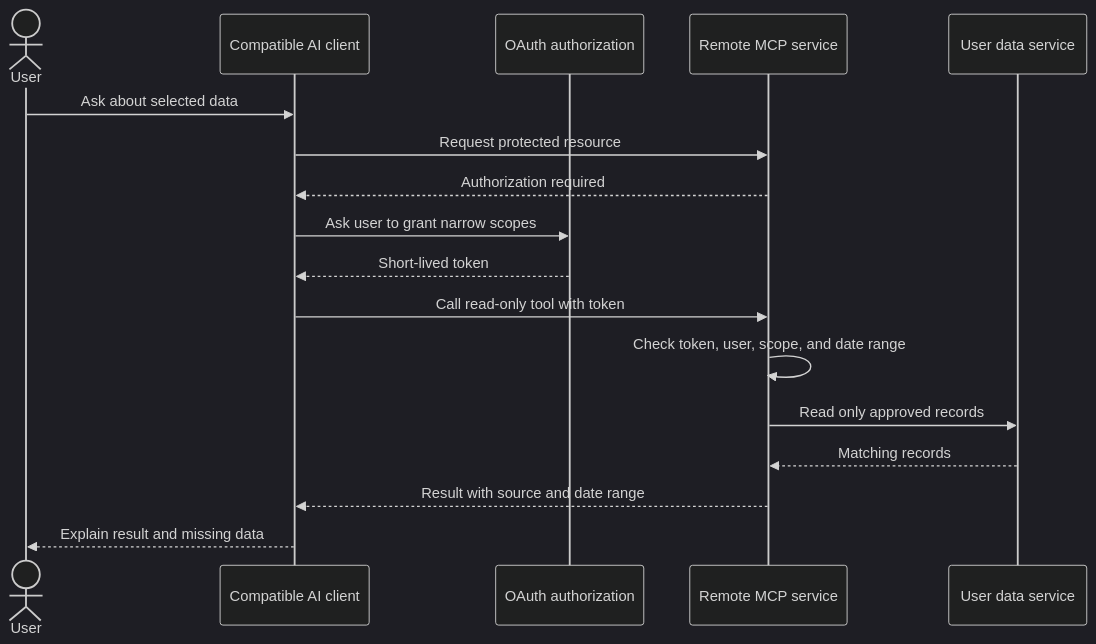
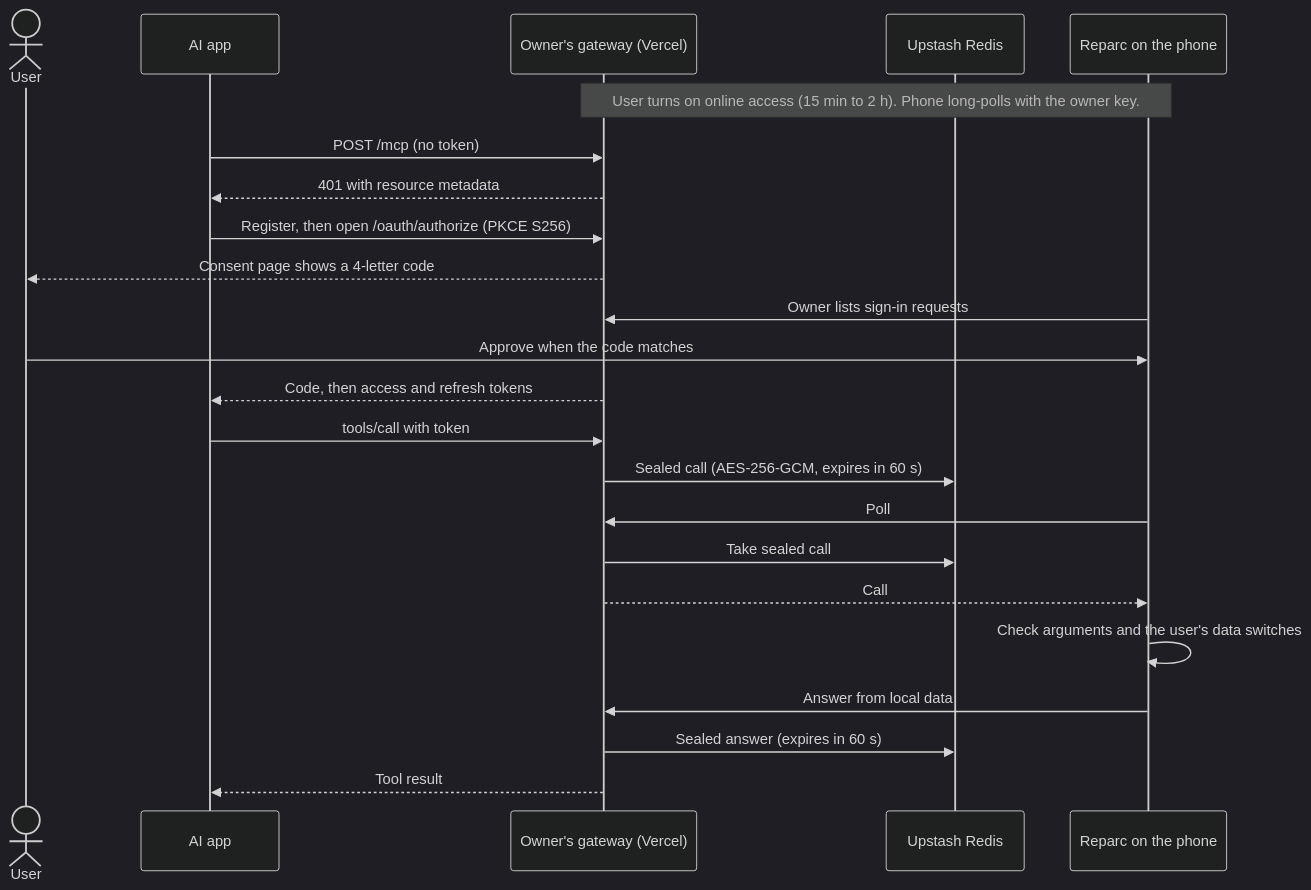
One commit to aspershupadhyay/reparc-app changed the fourth of 8 diagrams in handbook/13-diagrams.md. Above: the diagram before and after it, drawn with Mermaid (dark theme). The commit also changed other lines of this file and 142 other files, not shown here.

````diff
--- a/handbook/13-diagrams.md
+++ b/handbook/13-diagrams.md
@@ -73,19 +75,25 @@
 ```mermaid
 sequenceDiagram
     actor User
-    participant Client as Compatible AI client
-    participant Auth as OAuth authorization
-    participant MCP as Remote MCP service
-    participant Store as User data service
-    User->>Client: Ask about selected data
-    Client->>MCP: Request protected resource
-    MCP-->>Client: Authorization required
-    Client->>Auth: Ask user to grant narrow scopes
-    Auth-->>Client: Short-lived token
-    Client->>MCP: Call read-only tool with token
-    MCP->>MCP: Check token, user, scope, and date range
-    MCP->>Store: Read only approved records
-    Store-->>MCP: Matching records
-    MCP-->>Client: Result with source and date range
-    Client-->>User: Explain result and missing data
+    participant Client as AI app
+    participant GW as Owner's gateway (Vercel)
+    participant Redis as Upstash Redis
+    participant Phone as Reparc on the phone
+    Note over Phone,GW: User turns on online access (15 min to 2 h). Phone long-polls with the owner key.
+    Client->>GW: POST /mcp (no token)
+    GW-->>Client: 401 with resource metadata
+    Client->>GW: Register, then open /oauth/authorize (PKCE S256)
+    GW-->>User: Consent page shows a 4-letter code
+    Phone->>GW: Owner lists sign-in requests
+    User->>Phone: Approve when the code matches
+    GW-->>Client: Code, then access and refresh tokens
+    Client->>GW: tools/call with token
+    GW->>Redis: Sealed call (AES-256-GCM, expires in 60 s)
+    Phone->>GW: Poll
+    GW->>Redis: Take sealed call
+    GW-->>Phone: Call
+    Phone->>Phone: Check arguments and the user's data switches
+    Phone->>GW: Answer from local data
+    GW->>Redis: Sealed answer (expires in 60 s)
+    GW-->>Client: Tool result
 ```
````
